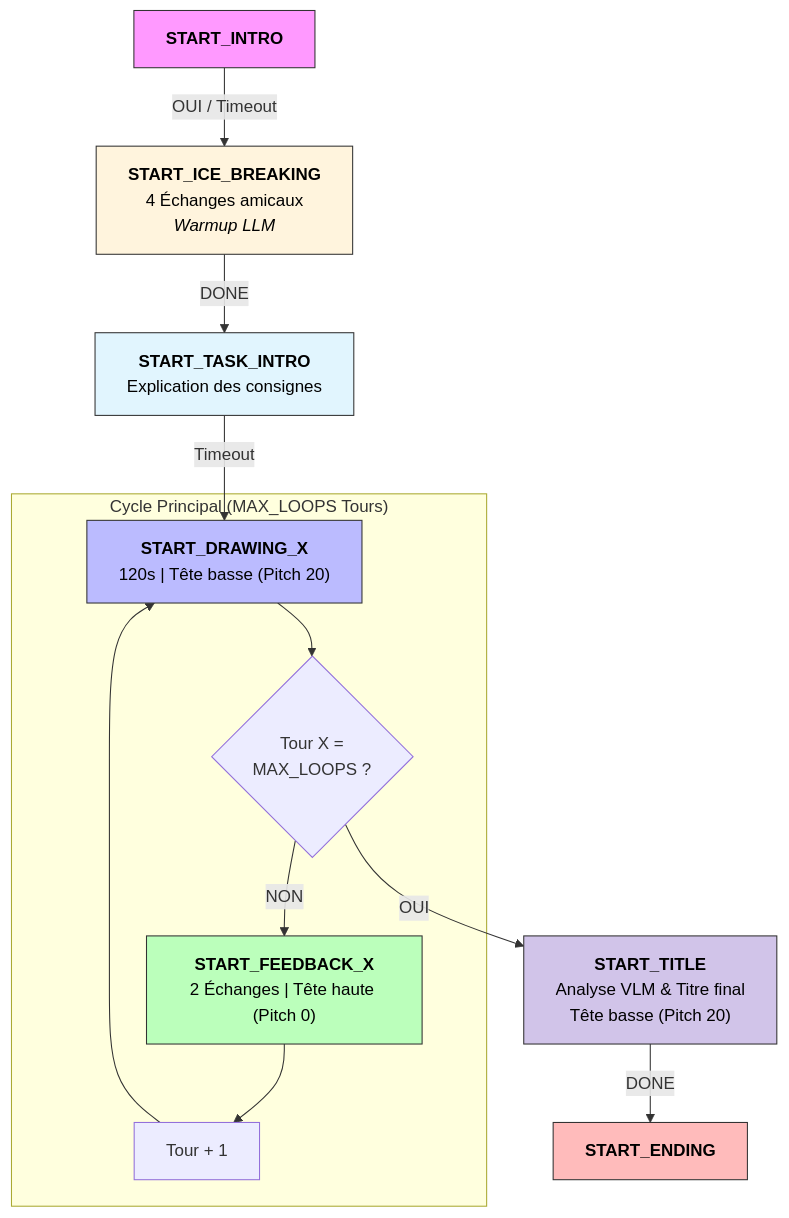
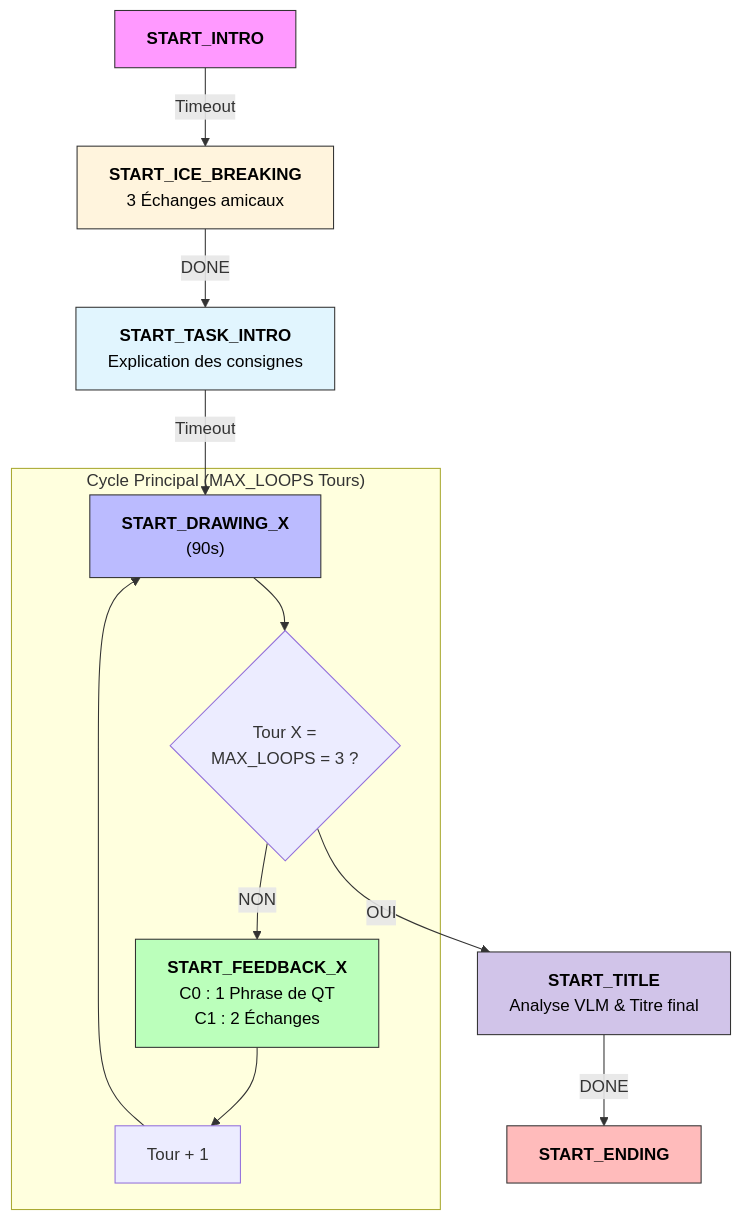
Before and after one commit to Marcopolo-g/CreaRobot: the diagram in pc_dev/README.md, drawn with Mermaid. The commit also changed other lines of this file and 15 other files, not shown here.

````diff
--- a/pc_dev/README.md
+++ b/pc_dev/README.md
@@ -148,37 +151,38 @@
 ```mermaid
 graph TD
     %% Phase d'initialisation
     INTRO[<b>START_INTRO</b><br/>] 
     
-    INTRO -- "OUI / Timeout" --> ICE[<b>START_ICE_BREAKING</b><br/>4 Échanges amicaux<br/><i>Warmup LLM</i>]
+    INTRO -- "Timeout" --> ICE[<b>START_ICE_BREAKING</b><br/>3 Échanges amicaux<br/>]
     
     ICE -- "DONE" --> TASK[<b>START_TASK_INTRO</b><br/>Explication des consignes]
     
     TASK -- "Timeout" --> DRAW
 
     %% Cycle itératif
     subgraph "Cycle Principal (MAX_LOOPS Tours)"
-        DRAW["<b>START_DRAWING_X</b><br/>120s | Tête basse (Pitch 20)"]
+        DRAW["<b>START_DRAWING_X</b><br/>(90s)"]
         DRAW --> DECIDE{Tour X = 
-        MAX_LOOPS ?}
+        MAX_LOOPS = 3 ?}
         
-        DECIDE -- "NON" --> FEEDBACK["<b>START_FEEDBACK_X</b><br/>2 Échanges | Tête haute (Pitch 0)"]
+        DECIDE -- "NON" --> FEEDBACK["<b>START_FEEDBACK_X</b><br/>C0 : 1 Phrase de QT
+        C1 : 2 Échanges"]
         FEEDBACK --> INC[Tour + 1]
         INC --> DRAW
     end
 
     %% Phase de clôture
-    DECIDE -- "OUI" --> TITLE["<b>START_TITLE</b><br/>Analyse VLM & Titre final<br/>Tête basse (Pitch 20)"]
+    DECIDE -- "OUI" --> TITLE["<b>START_TITLE</b><br/>Analyse VLM & Titre final<br/>"]
     
     TITLE -- "DONE" --> ENDING["<b>START_ENDING</b><br/>"]
     
 
     %% Styles de couleurs pour la clarté du README
     style INTRO fill:#f9f,stroke:#333, color:#000
     style ICE fill:#fff4dd,stroke:#333, color:#000
     style TASK fill:#e1f5fe,stroke:#333, color:#000
     style DRAW fill:#bbf,stroke:#333, color:#000
     style FEEDBACK fill:#bfb,stroke:#333, color:#000
     style TITLE fill:#d1c4e9,stroke:#333, color:#000
     style ENDING fill:#fbb,stroke:#333, color:#000
 ```
````
